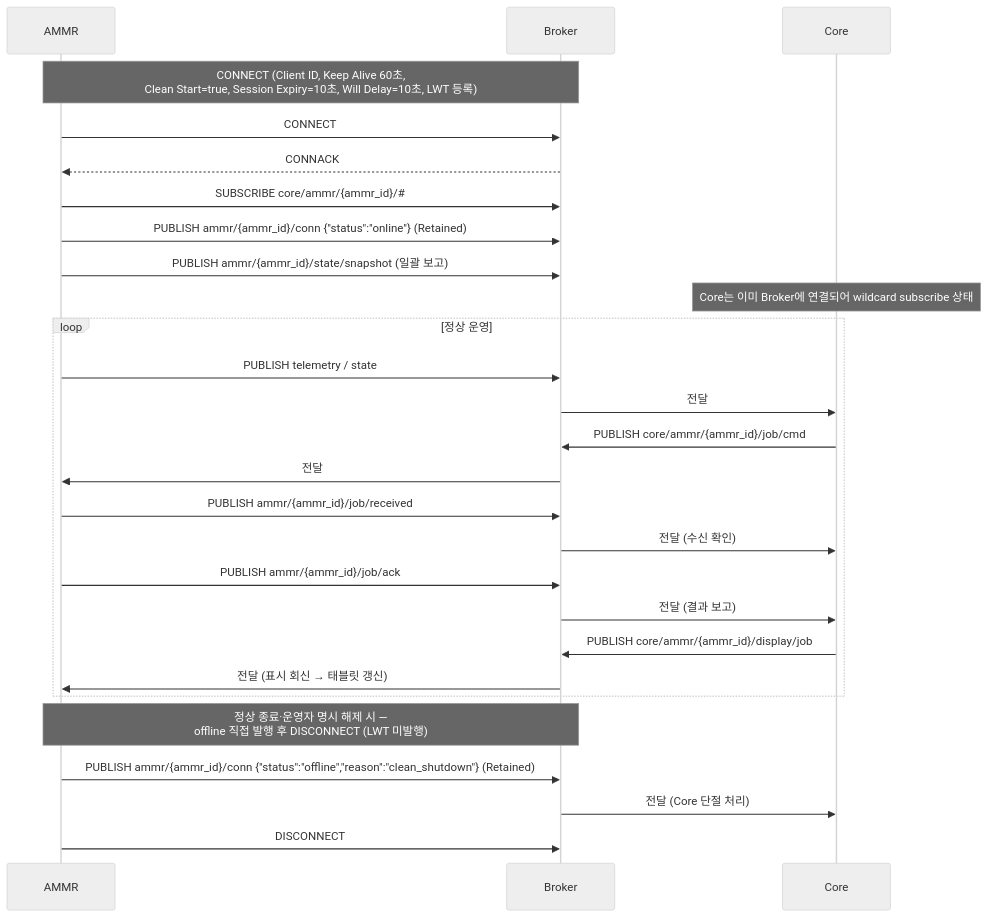
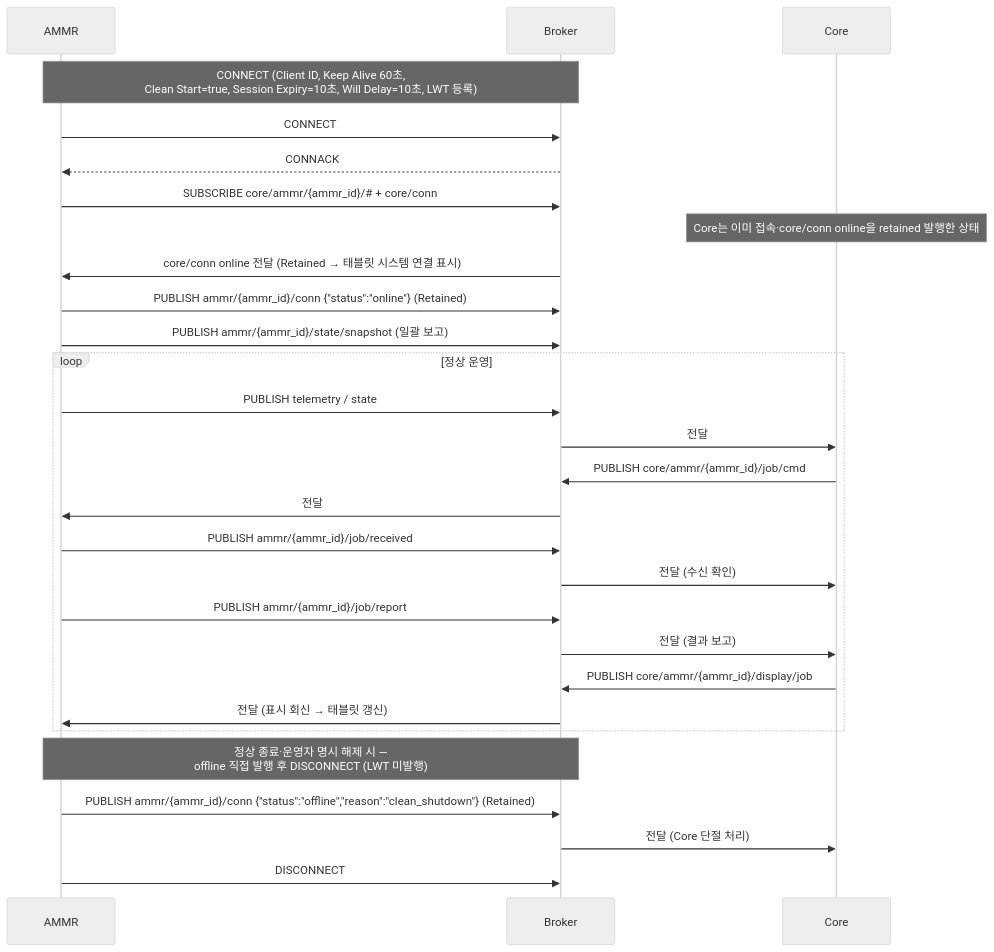
One commit to kimminsu0315/Core-Docs changed the third of 13 diagrams in docs/out/Core_ICD_AMMR.md. Above: the diagram before and after it, drawn with Mermaid (neutral theme). The commit also changed other lines of this file and 5 other files, not shown here.

````diff
--- a/docs/out/Core_ICD_AMMR.md
+++ b/docs/out/Core_ICD_AMMR.md
@@ -239,33 +240,33 @@
 ```mermaid
 sequenceDiagram
     participant A as AMMR
     participant B as Broker
     participant C as Core
 
     Note over A,B: CONNECT (Client ID, Keep Alive 60초,<br/>Clean Start=true, Session Expiry=10초, Will Delay=10초, LWT 등록)
     A->>B: CONNECT
     B-->>A: CONNACK
-    A->>B: SUBSCRIBE core/ammr/{ammr_id}/#35;
+    A->>B: SUBSCRIBE core/ammr/{ammr_id}/#35; + core/conn
+    Note over C: Core는 이미 접속·core/conn online을 retained 발행한 상태
+    B->>A: core/conn online 전달 (Retained → 태블릿 시스템 연결 표시)
     A->>B: PUBLISH ammr/{ammr_id}/conn {"status":"online"} (Retained)
     A->>B: PUBLISH ammr/{ammr_id}/state/snapshot (일괄 보고)
-
-    Note over C: Core는 이미 Broker에 연결되어 wildcard subscribe 상태
 
     loop 정상 운영
         A->>B: PUBLISH telemetry / state
         B->>C: 전달
         C->>B: PUBLISH core/ammr/{ammr_id}/job/cmd
         B->>A: 전달
         A->>B: PUBLISH ammr/{ammr_id}/job/received
         B->>C: 전달 (수신 확인)
-        A->>B: PUBLISH ammr/{ammr_id}/job/ack
+        A->>B: PUBLISH ammr/{ammr_id}/job/report
         B->>C: 전달 (결과 보고)
         C->>B: PUBLISH core/ammr/{ammr_id}/display/job
         B->>A: 전달 (표시 회신 → 태블릿 갱신)
     end
 
     Note over A,B: 정상 종료·운영자 명시 해제 시 —<br/>offline 직접 발행 후 DISCONNECT (LWT 미발행)
     A->>B: PUBLISH ammr/{ammr_id}/conn {"status":"offline","reason":"clean_shutdown"} (Retained)
     B->>C: 전달 (Core 단절 처리)
     A->>B: DISCONNECT
 ```
````
